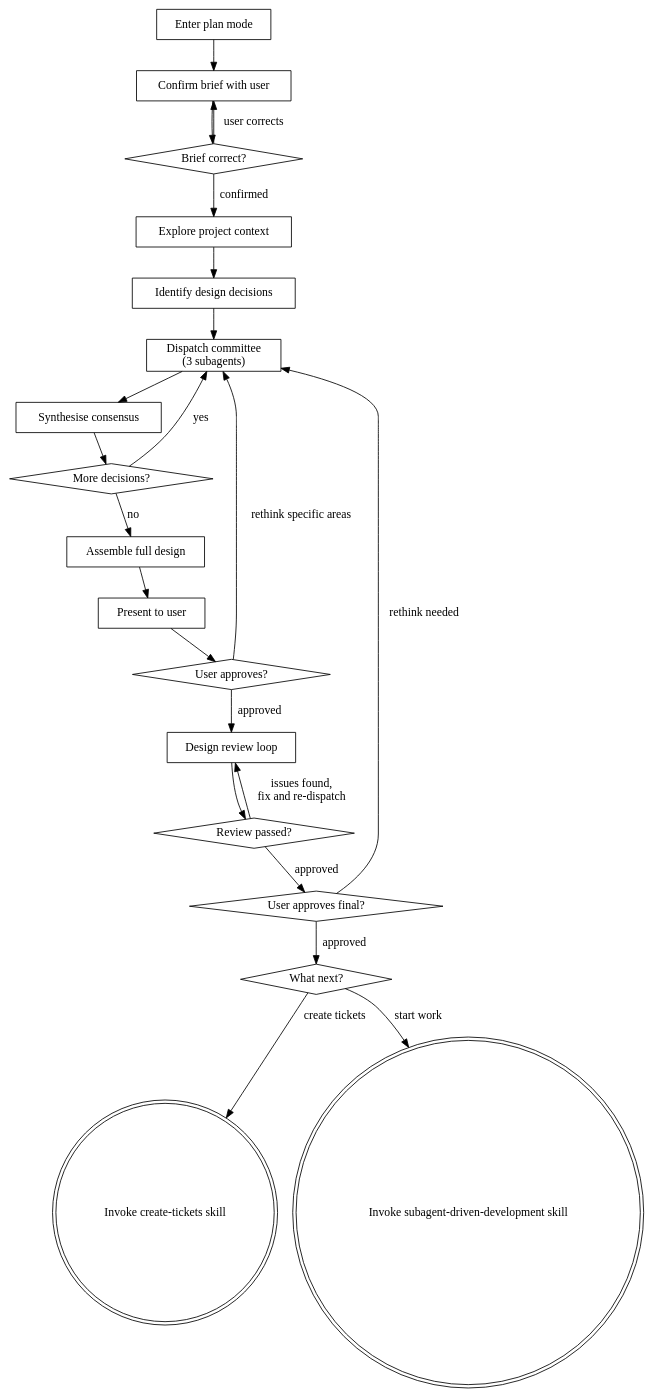
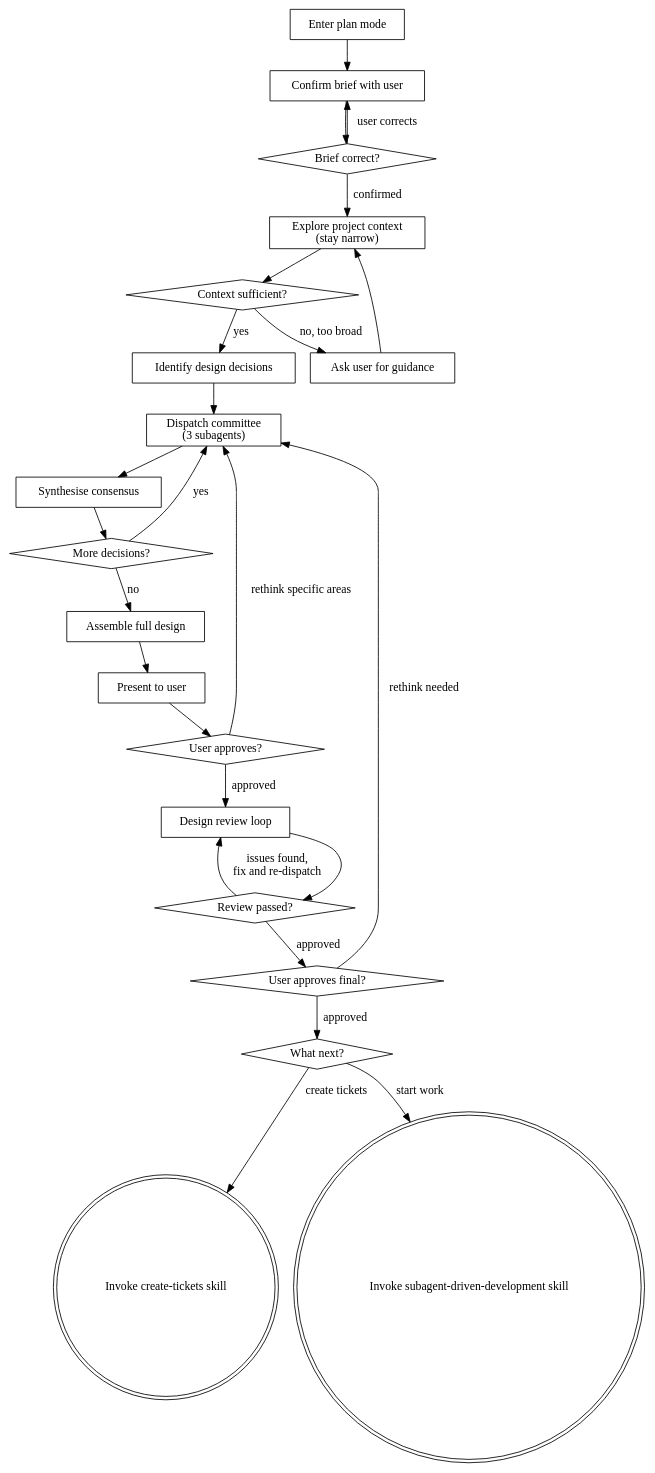
Before and after one commit to philipobenito/dot: the diagram in ai/skills/agent-committee-brainstorming/SKILL.md, drawn with Graphviz. The commit also changed other lines of this file and 2 other files, not shown here.

Commit message:
Refine exploration phases across SKILL.md files to emphasise scoped context gathering and user-guided focus

````diff
--- a/ai/skills/agent-committee-brainstorming/SKILL.md
+++ b/ai/skills/agent-committee-brainstorming/SKILL.md
@@ -51,44 +51,49 @@
 ```dot
 digraph committee_brainstorming {
     rankdir=TB;
     "Enter plan mode" [shape=box];
     "Confirm brief with user" [shape=box];
     "Brief correct?" [shape=diamond];
-    "Explore project context" [shape=box];
+    "Explore project context\n(stay narrow)" [shape=box];
+    "Context sufficient?" [shape=diamond];
+    "Ask user for guidance" [shape=box];
     "Identify design decisions" [shape=box];
     "Dispatch committee\n(3 subagents)" [shape=box];
     "Synthesise consensus" [shape=box];
     "More decisions?" [shape=diamond];
     "Assemble full design" [shape=box];
     "Present to user" [shape=box];
     "User approves?" [shape=diamond];
     "Design review loop" [shape=box];
     "Review passed?" [shape=diamond];
     "User approves final?" [shape=diamond];
     "What next?" [shape=diamond];
     "Invoke create-tickets skill" [shape=doublecircle];
     "Invoke subagent-driven-development skill" [shape=doublecircle];
 
     "Enter plan mode" -> "Confirm brief with user";
     "Confirm brief with user" -> "Brief correct?";
     "Brief correct?" -> "Confirm brief with user" [label="user corrects"];
-    "Brief correct?" -> "Explore project context" [label="confirmed"];
-    "Explore project context" -> "Identify design decisions";
+    "Brief correct?" -> "Explore project context\n(stay narrow)" [label="confirmed"];
+    "Explore project context\n(stay narrow)" -> "Context sufficient?";
+    "Context sufficient?" -> "Identify design decisions" [label="yes"];
+    "Context sufficient?" -> "Ask user for guidance" [label="no, too broad"];
+    "Ask user for guidance" -> "Explore project context\n(stay narrow)";
     "Identify design decisions" -> "Dispatch committee\n(3 subagents)";
     "Dispatch committee\n(3 subagents)" -> "Synthesise consensus";
     "Synthesise consensus" -> "More decisions?";
     "More decisions?" -> "Dispatch committee\n(3 subagents)" [label="yes"];
     "More decisions?" -> "Assemble full design" [label="no"];
     "Assemble full design" -> "Present to user";
     "Present to user" -> "User approves?";
     "User approves?" -> "Dispatch committee\n(3 subagents)" [label="rethink specific areas"];
     "User approves?" -> "Design review loop" [label="approved"];
     "Design review loop" -> "Review passed?";
     "Review passed?" -> "Design review loop" [label="issues found,\nfix and re-dispatch"];
     "Review passed?" -> "User approves final?" [label="approved"];
     "User approves final?" -> "Dispatch committee\n(3 subagents)" [label="rethink needed"];
     "User approves final?" -> "What next?" [label="approved"];
     "What next?" -> "Invoke create-tickets skill" [label="create tickets"];
     "What next?" -> "Invoke subagent-driven-development skill" [label="start work"];
 }
 ```
````
